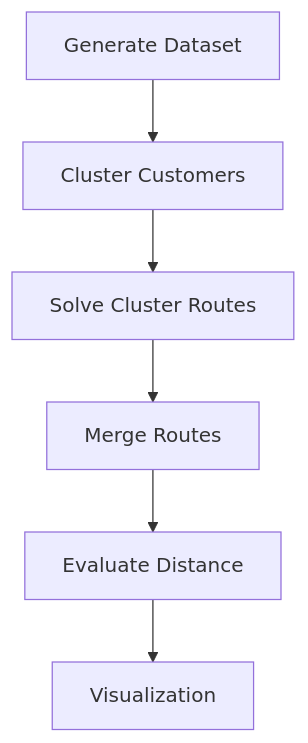
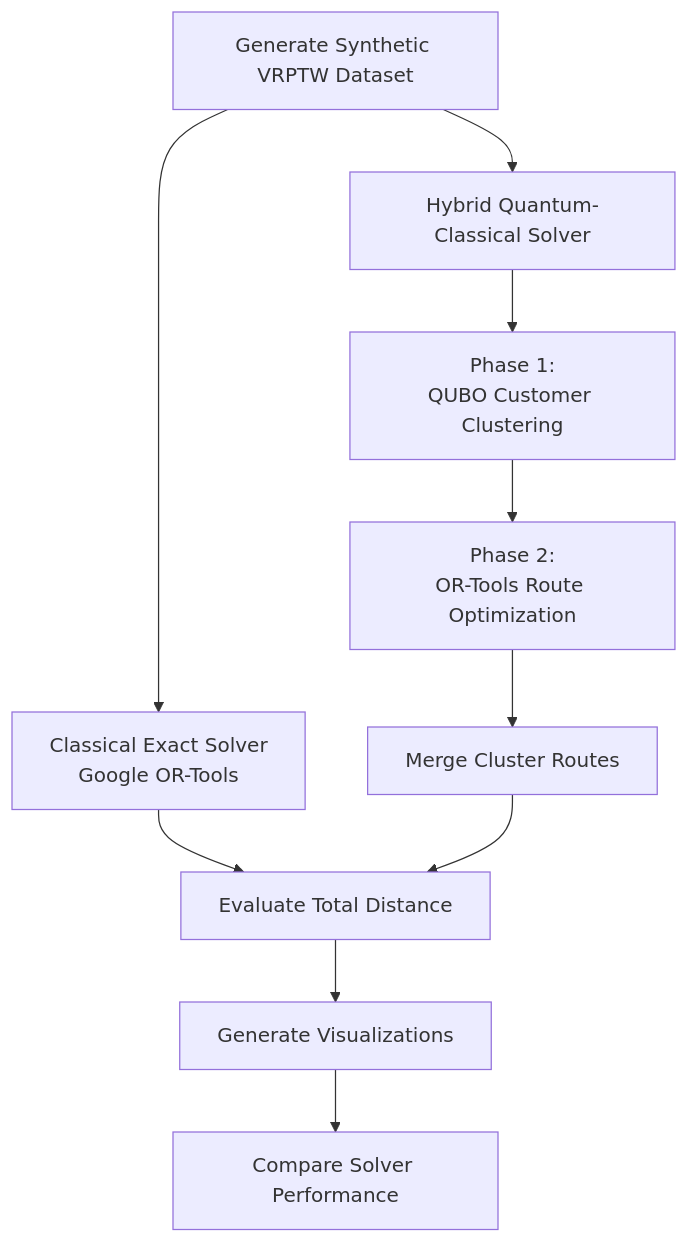
Before and after one commit to Prashik123/Qaig_optimization_screening: the third of 3 diagrams in README.md, drawn with Mermaid. The commit also changed other lines of this file, not shown here.

````diff
--- a/README.md
+++ b/README.md
@@ -163,16 +261,18 @@
 ```mermaid
 flowchart TD
 
-A[Generate Dataset]
-B[Cluster Customers]
-C[Solve Cluster Routes]
-D[Merge Routes]
-E[Evaluate Distance]
-F[Visualization]
+A[Generate Synthetic VRPTW Dataset]
 
-A-->B
-B-->C
-C-->D
-D-->E
-E-->F
+A --> B1[Classical Exact Solver<br/>Google OR-Tools]
+A --> B2[Hybrid Quantum-Classical Solver]
+
+B2 --> C[Phase 1:<br/>QUBO Customer Clustering]
+C --> D[Phase 2:<br/>OR-Tools Route Optimization]
+D --> E[Merge Cluster Routes]
+
+B1 --> F[Evaluate Total Distance]
+E --> F
+
+F --> G[Generate Visualizations]
+G --> H[Compare Solver Performance]
 ```
````
